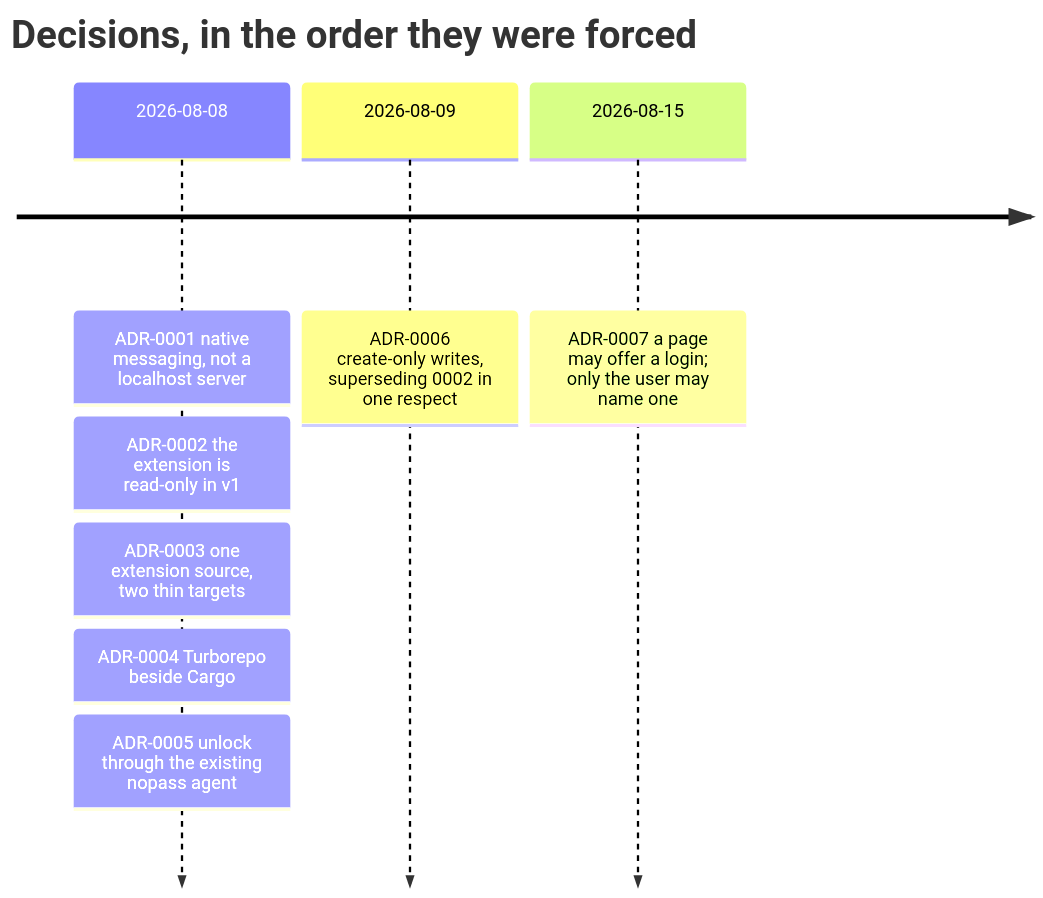
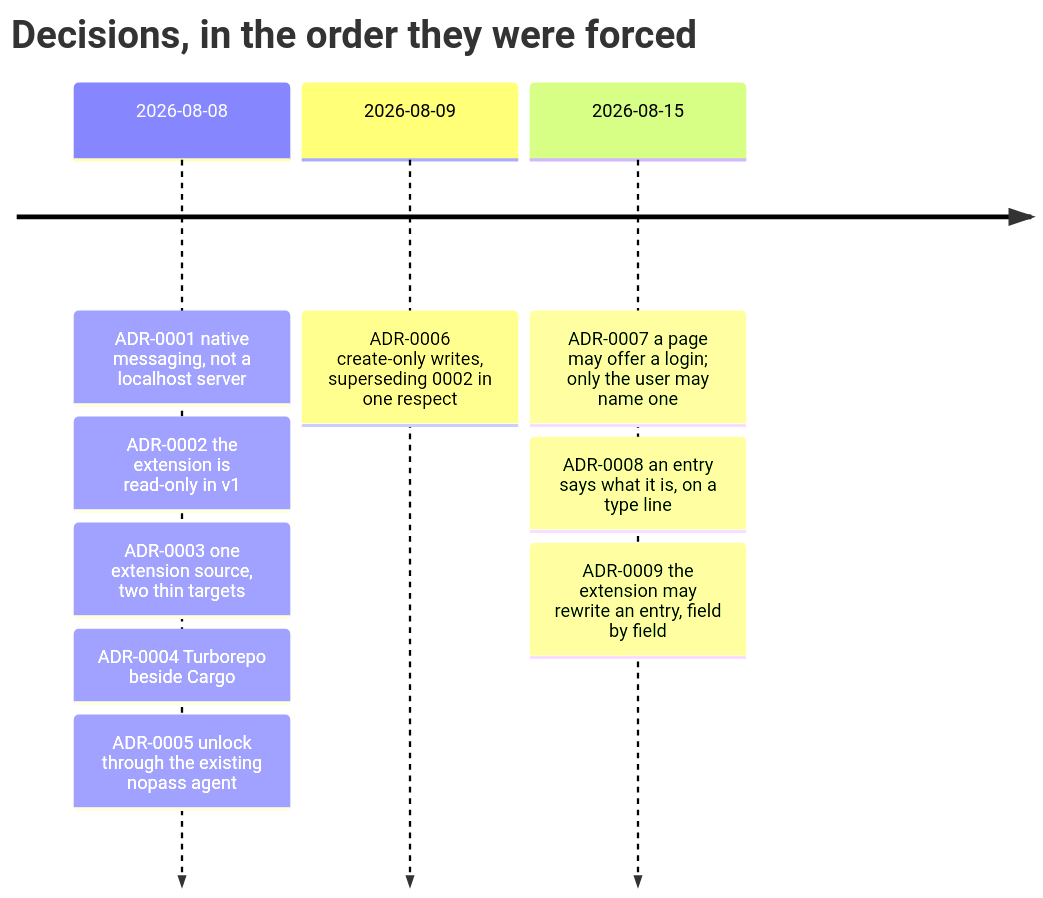
One commit to souravsspace/nopass changed diagram 19 of 20 in diagram.md. Above: the diagram before and after it, drawn with Mermaid. The commit also changed other lines of this file, not shown here.

Commit message:
docs: bring the architecture map up to records, update and wallet fill

````diff
--- a/diagram.md
+++ b/diagram.md
@@ -610,11 +666,13 @@
 ```mermaid
 timeline
     title Decisions, in the order they were forced
     2026-08-08 : ADR-0001 native messaging, not a localhost server
                : ADR-0002 the extension is read-only in v1
                : ADR-0003 one extension source, two thin targets
                : ADR-0004 Turborepo beside Cargo
                : ADR-0005 unlock through the existing nopass agent
     2026-08-09 : ADR-0006 create-only writes, superseding 0002 in one respect
     2026-08-15 : ADR-0007 a page may offer a login; only the user may name one
+               : ADR-0008 an entry says what it is, on a type line
+               : ADR-0009 the extension may rewrite an entry, field by field
 ```
````
